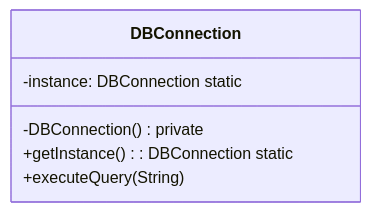
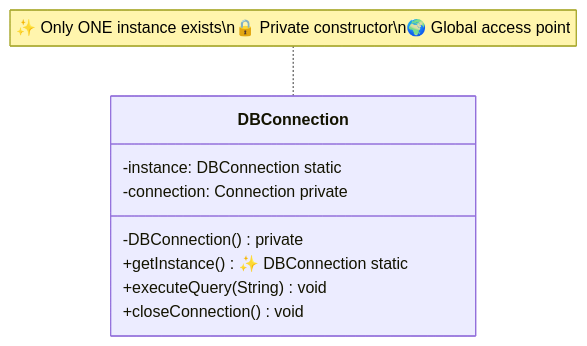
Before and after one commit to shahbaz8584/low-level-design: the first of 2 diagrams in LLD/DesignPattern/creationalDesign/singletonDesignPattern/UML/ClassDiagram.md, drawn with Mermaid. The commit also changed other lines of this file and 42 other files, not shown here.

Commit message:
Update design pattern pages: Fix Prototype pattern diagram styling, add clickable navigation, improve Cloning Flow layout, and update index page header

````diff
--- a/LLD/DesignPattern/creationalDesign/singletonDesignPattern/UML/ClassDiagram.md
+++ b/LLD/DesignPattern/creationalDesign/singletonDesignPattern/UML/ClassDiagram.md
@@ -3,9 +3,13 @@
 ```mermaid
 classDiagram
     class DBConnection {
         -instance: DBConnection static
+        -connection: Connection private
         -DBConnection() private
-        +getInstance(): DBConnection static
-        +executeQuery(String)
+        +getInstance()✨ DBConnection static
+        +executeQuery(String) void
+        +closeConnection() void
     }
+    
+    note for DBConnection "✨ Only ONE instance exists\n🔒 Private constructor\n🌍 Global access point"
 ```
````
